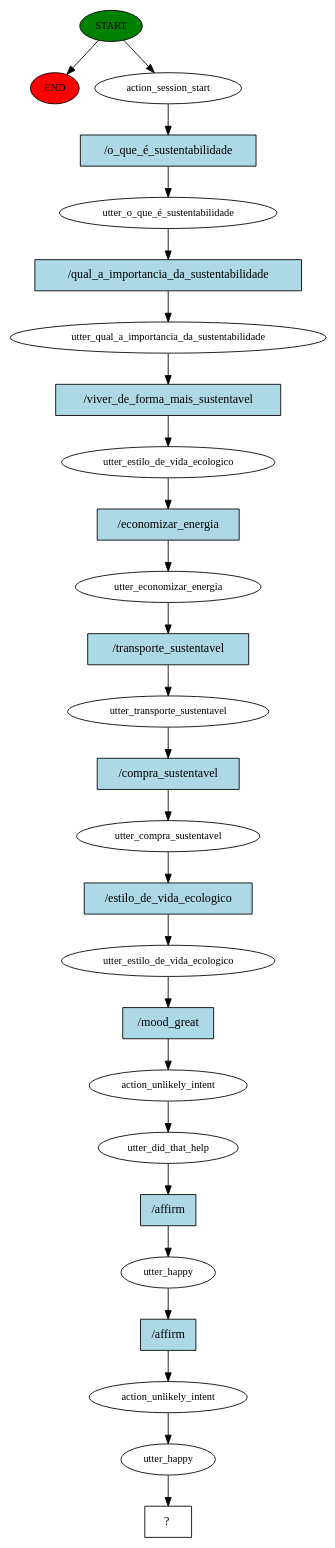
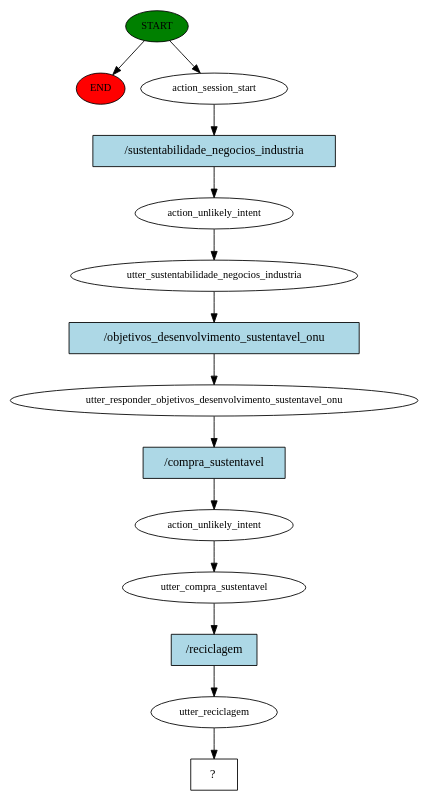
The diagram in story_graph.dot (DrMadneesss/projeto-chatbot), drawn with Graphviz before and after one commit. The commit also changed 47 other files, not shown here.

```diff
--- a/story_graph.dot
+++ b/story_graph.dot
@@ -1,53 +1,29 @@
 digraph  {
 0 [class="start active", fillcolor=green, fontsize=12, label=START, style=filled];
 "-1" [class=end, fillcolor=red, fontsize=12, label=END, style=filled];
 1 [class=active, fontsize=12, label=action_session_start];
-2 [class=active, fontsize=12, label="utter_o_que_é_sustentabilidade"];
-3 [class=active, fontsize=12, label=utter_qual_a_importancia_da_sustentabilidade];
-4 [class=active, fontsize=12, label=utter_estilo_de_vida_ecologico];
-5 [class=active, fontsize=12, label=utter_economizar_energia];
-6 [class=active, fontsize=12, label=utter_transporte_sustentavel];
-7 [class=active, fontsize=12, label=utter_compra_sustentavel];
-8 [class=active, fontsize=12, label=utter_estilo_de_vida_ecologico];
-9 [class=active, fontsize=12, label=action_unlikely_intent];
-10 [class=active, fontsize=12, label=utter_did_that_help];
-11 [class=active, fontsize=12, label=utter_happy];
-12 [class=active, fontsize=12, label=action_unlikely_intent];
-13 [class=active, fontsize=12, label=utter_happy];
-14 [class="intent dashed active", label="  ?  ", shape=rect];
-15 [class="intent active", fillcolor=lightblue, label="/o_que_é_sustentabilidade", shape=rect, style=filled];
-16 [class="intent active", fillcolor=lightblue, label="/qual_a_importancia_da_sustentabilidade", shape=rect, style=filled];
-17 [class="intent active", fillcolor=lightblue, label="/viver_de_forma_mais_sustentavel", shape=rect, style=filled];
-18 [class="intent active", fillcolor=lightblue, label="/economizar_energia", shape=rect, style=filled];
-19 [class="intent active", fillcolor=lightblue, label="/transporte_sustentavel", shape=rect, style=filled];
-20 [class="intent active", fillcolor=lightblue, label="/compra_sustentavel", shape=rect, style=filled];
-21 [class="intent active", fillcolor=lightblue, label="/estilo_de_vida_ecologico", shape=rect, style=filled];
-22 [class="intent active", fillcolor=lightblue, label="/mood_great", shape=rect, style=filled];
-23 [class="intent active", fillcolor=lightblue, label="/affirm", shape=rect, style=filled];
-24 [class="intent active", fillcolor=lightblue, label="/affirm", shape=rect, style=filled];
+2 [class=active, fontsize=12, label=action_unlikely_intent];
+3 [class=active, fontsize=12, label=utter_sustentabilidade_negocios_industria];
+4 [class=active, fontsize=12, label=utter_responder_objetivos_desenvolvimento_sustentavel_onu];
+5 [class=active, fontsize=12, label=action_unlikely_intent];
+6 [class=active, fontsize=12, label=utter_compra_sustentavel];
+7 [class=active, fontsize=12, label=utter_reciclagem];
+8 [class="intent dashed active", label="  ?  ", shape=rect];
+9 [class="intent active", fillcolor=lightblue, label="/sustentabilidade_negocios_industria", shape=rect, style=filled];
+10 [class="intent active", fillcolor=lightblue, label="/objetivos_desenvolvimento_sustentavel_onu", shape=rect, style=filled];
+11 [class="intent active", fillcolor=lightblue, label="/compra_sustentavel", shape=rect, style=filled];
+12 [class="intent active", fillcolor=lightblue, label="/reciclagem", shape=rect, style=filled];
 0 -> "-1"  [class="", key=NONE, label=""];
 0 -> 1  [class=active, key=NONE, label=""];
-1 -> 15  [class=active, key=0];
-2 -> 16  [class=active, key=0];
-3 -> 17  [class=active, key=0];
-4 -> 18  [class=active, key=0];
-5 -> 19  [class=active, key=0];
-6 -> 20  [class=active, key=0];
-7 -> 21  [class=active, key=0];
-8 -> 22  [class=active, key=0];
-9 -> 10  [class=active, key=NONE, label=""];
-10 -> 23  [class=active, key=0];
-11 -> 24  [class=active, key=0];
-12 -> 13  [class=active, key=NONE, label=""];
-13 -> 14  [class=active, key=NONE, label=""];
-15 -> 2  [class=active, key=0];
-16 -> 3  [class=active, key=0];
-17 -> 4  [class=active, key=0];
-18 -> 5  [class=active, key=0];
-19 -> 6  [class=active, key=0];
-20 -> 7  [class=active, key=0];
-21 -> 8  [class=active, key=0];
-22 -> 9  [class=active, key=0];
-23 -> 11  [class=active, key=0];
-24 -> 12  [class=active, key=0];
+1 -> 9  [class=active, key=0];
+2 -> 3  [class=active, key=NONE, label=""];
+3 -> 10  [class=active, key=0];
+4 -> 11  [class=active, key=0];
+5 -> 6  [class=active, key=NONE, label=""];
+6 -> 12  [class=active, key=0];
+7 -> 8  [class=active, key=NONE, label=""];
+9 -> 2  [class=active, key=0];
+10 -> 4  [class=active, key=0];
+11 -> 5  [class=active, key=0];
+12 -> 7  [class=active, key=0];
 }
```
